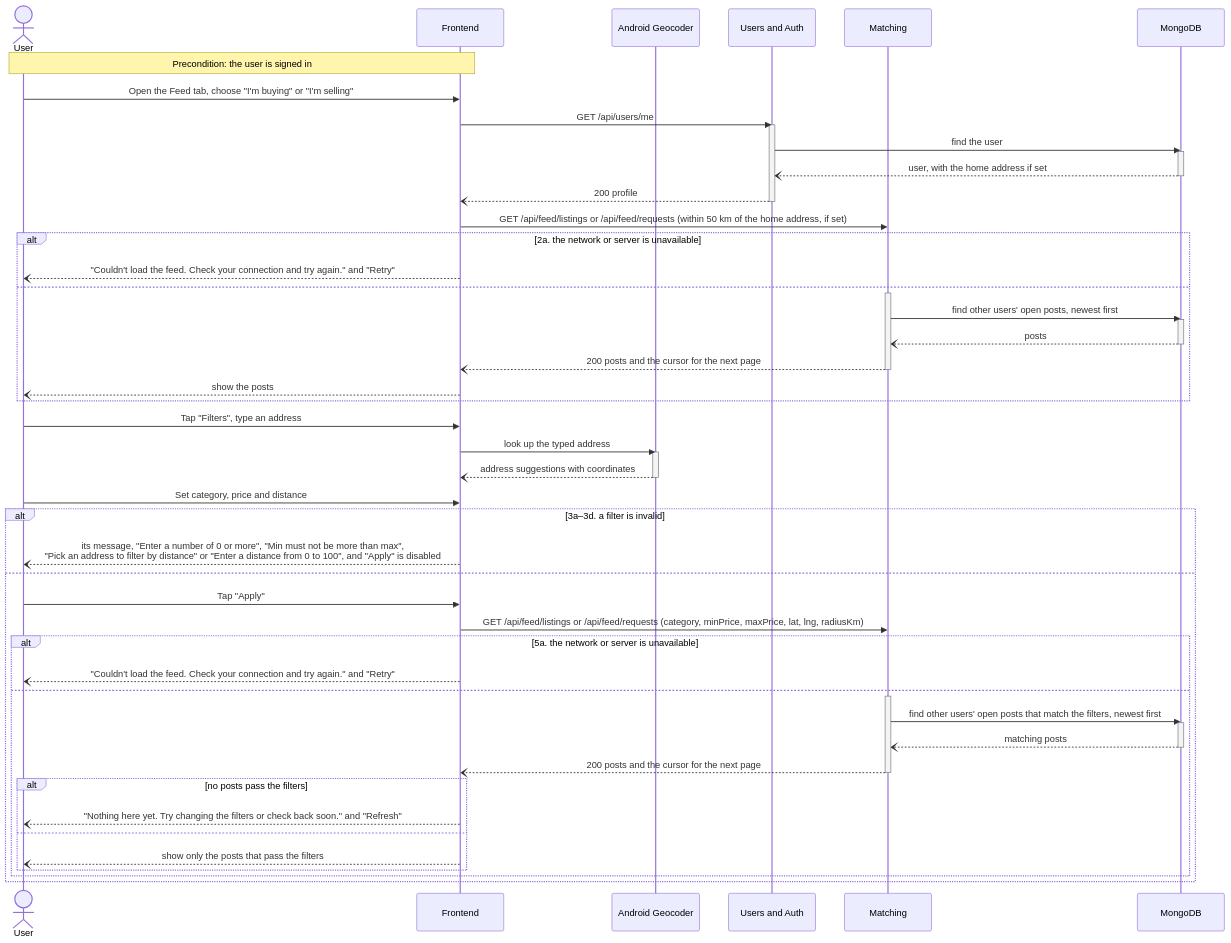
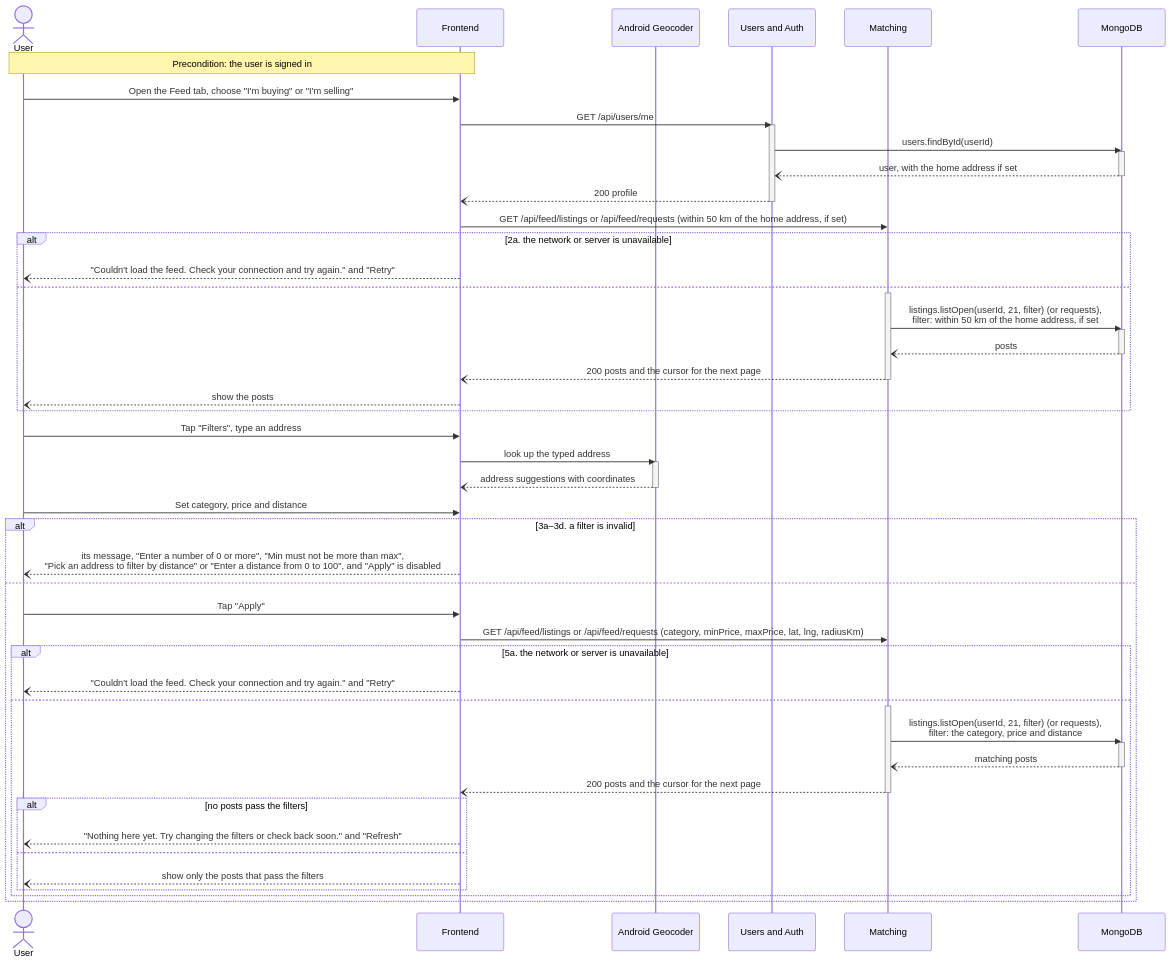
Before and after one commit to m1lun/MatchMarket: the sixth of 6 diagrams in documentation/Requirements_and_Design.md, drawn with Mermaid. The commit also changed other lines of this file, not shown here.

Commit message:
docs: show the database calls in the sequence diagrams in Java style

````diff
--- a/documentation/Requirements_and_Design.md
+++ b/documentation/Requirements_and_Design.md
@@ -806,60 +807,60 @@
 ```mermaid
 sequenceDiagram
     actor U as User
     participant FE as Frontend
     participant GEO as Android Geocoder
     participant UA as Users and Auth
     participant M as Matching
     participant DB as MongoDB
     Note over U,FE: Precondition: the user is signed in
     U->>FE: Open the Feed tab, choose "I'm buying" or "I'm selling"
     FE->>UA: GET /api/users/me
     activate UA
-    UA->>DB: find the user
+    UA->>DB: users.findById(userId)
     activate DB
     DB--)UA: user, with the home address if set
     deactivate DB
     UA--)FE: 200 profile
     deactivate UA
     FE->>M: GET /api/feed/listings or /api/feed/requests (within 50 km of the home address, if set)
     alt 2a. the network or server is unavailable
         FE--)U: "Couldn't load the feed. Check your connection and try again." and "Retry"
     else
         activate M
-        M->>DB: find other users' open posts, newest first
+        M->>DB: listings.listOpen(userId, 21, filter) (or requests),<br/>filter: within 50 km of the home address, if set
         activate DB
         DB--)M: posts
         deactivate DB
         M--)FE: 200 posts and the cursor for the next page
         deactivate M
         FE--)U: show the posts
     end
     U->>FE: Tap "Filters", type an address
     FE->>GEO: look up the typed address
     activate GEO
     GEO--)FE: address suggestions with coordinates
     deactivate GEO
     U->>FE: Set category, price and distance
     alt 3a–3d. a filter is invalid
         FE--)U: its message, "Enter a number of 0 or more", "Min must not be more than max",<br/>"Pick an address to filter by distance" or "Enter a distance from 0 to 100", and "Apply" is disabled
     else
         U->>FE: Tap "Apply"
         FE->>M: GET /api/feed/listings or /api/feed/requests (category, minPrice, maxPrice, lat, lng, radiusKm)
         alt 5a. the network or server is unavailable
             FE--)U: "Couldn't load the feed. Check your connection and try again." and "Retry"
         else
             activate M
-            M->>DB: find other users' open posts that match the filters, newest first
+            M->>DB: listings.listOpen(userId, 21, filter) (or requests),<br/>filter: the category, price and distance
             activate DB
             DB--)M: matching posts
             deactivate DB
             M--)FE: 200 posts and the cursor for the next page
             deactivate M
             alt no posts pass the filters
                 FE--)U: "Nothing here yet. Try changing the filters or check back soon." and "Refresh"
             else
                 FE--)U: show only the posts that pass the filters
             end
         end
     end
 ```
````
